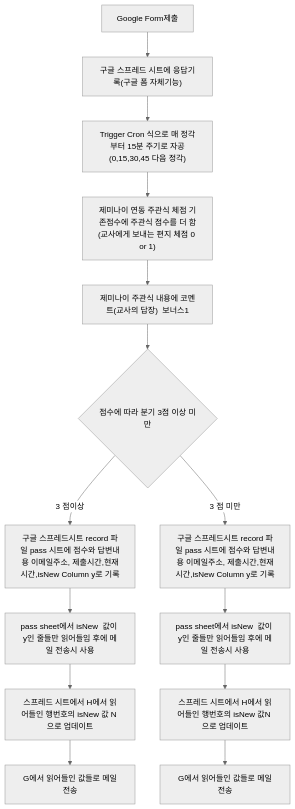
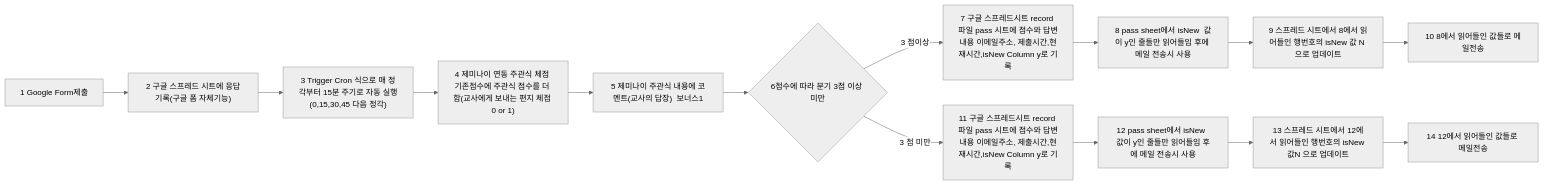
Before and after one commit to codysseus42/noCode: the diagram in project1/compareReport.md, drawn with Mermaid (neutral theme).

````diff
--- a/project1/compareReport.md
+++ b/project1/compareReport.md
@@ -7,6 +7,6 @@
 ```mermaid
-graph TD
-       A["Google Form제출"] --> B["구글 스프레드 시트에 응답기록(구글 폼 자체기능)"] --> C["Trigger Cron 식으로 매 정각부터 15분 주기로 자공(0,15,30,45 다음 정각)"] --> D["제미나이 연동 주관식 체점 기존점수에 주관식 점수를 더 함(교사에게 보내는 편지 체점 0 or 1)"] --> E["제미나이 주관식 내용에 코멘트(교사의 답장)  보너스1"] --> F{점수에 따라 분기 3점 이상 미만}
-       F --> |3 점이상| G["구글 스프레드시트 record 파일 pass 시트에 점수와 답변내용 이메일주소, 제출시간,현재시간,isNew Column y로 기록"] --> H["pass sheet에서 isNew  값이 y인 줄들만 읽어들임 후에 메일 전송시 사용"] --> I["스프레드 시트에서 H에서 읽어들인 행번호의 isNew 값 N 으로 업데이트"] --> J["G에서 읽어들인 값들로 메일전송"] 
-      F --> |3 점 미만| K["구글 스프레드시트 record 파일 pass 시트에 점수와 답변내용 이메일주소, 제출시간,현재시간,isNew Column y로 기록"] --> L["pass sheet에서 isNew  값이 y인 줄들만 읽어들임 후에 메일 전송시 사용"] --> M["스프레드 시트에서 H에서 읽어들인 행번호의 isNew 값N 으로 업데이트"] --> N["G에서 읽어들인 값들로 메일전송"]
+graph LR
+       A["1 Google Form제출"] --> B["2 구글 스프레드 시트에 응답기록(구글 폼 자체기능)"] --> C["3 Trigger Cron 식으로 매 정각부터 15분 주기로 자동 실행(0,15,30,45 다음 정각)"] --> D["4 제미나이 연동 주관식 체점 기존점수에 주관식 점수를 더 함(교사에게 보내는 편지 체점 0 or 1)"] --> E["5 제미나이 주관식 내용에 코멘트(교사의 답장)  보너스1"] --> F{" 6점수에 따라 분기 3점 이상 미만"}
+       F --> |3 점이상| G["7 구글 스프레드시트 record 파일 pass 시트에 점수와 답변내용 이메일주소, 제출시간,현재시간,isNew Column y로 기록"] --> H["8 pass sheet에서 isNew  값이 y인 줄들만 읽어들임 후에 메일 전송시 사용"] --> I["9 스프레드 시트에서 8에서 읽어들인 행번호의 isNew 값 N 으로 업데이트"] --> J["10 8에서 읽어들인 값들로 메일전송"] 
+      F --> |3 점 미만| K["11 구글 스프레드시트 record 파일 pass 시트에 점수와 답변내용 이메일주소, 제출시간,현재시간,isNew Column y로 기록"] --> L["12 pass sheet에서 isNew  값이 y인 줄들만 읽어들임 후에 메일 전송시 사용"] --> M["13 스프레드 시트에서 12에서 읽어들인 행번호의 isNew 값N 으로 업데이트"] --> N["14 12에서 읽어들인 값들로 메일전송"]
 ```
````
